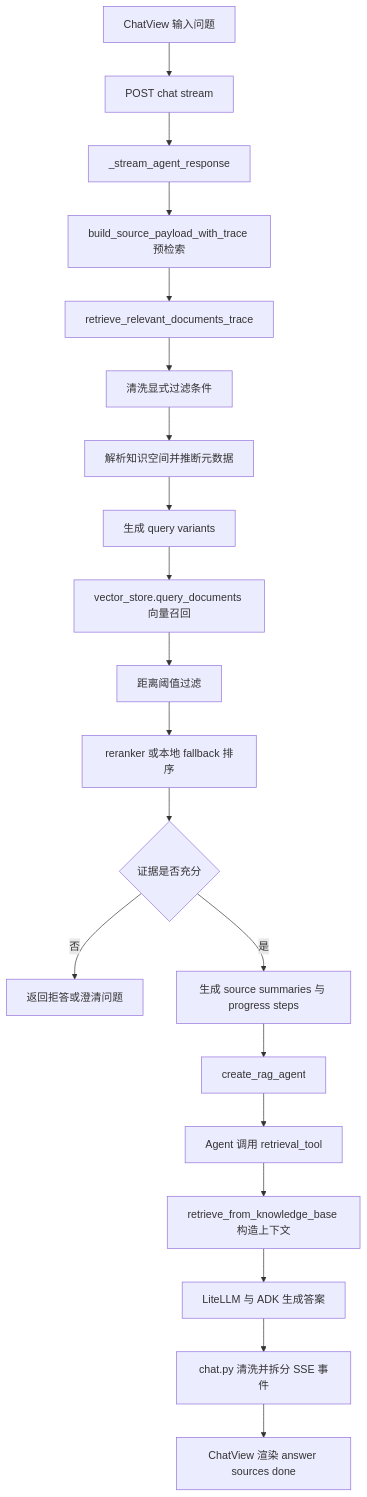
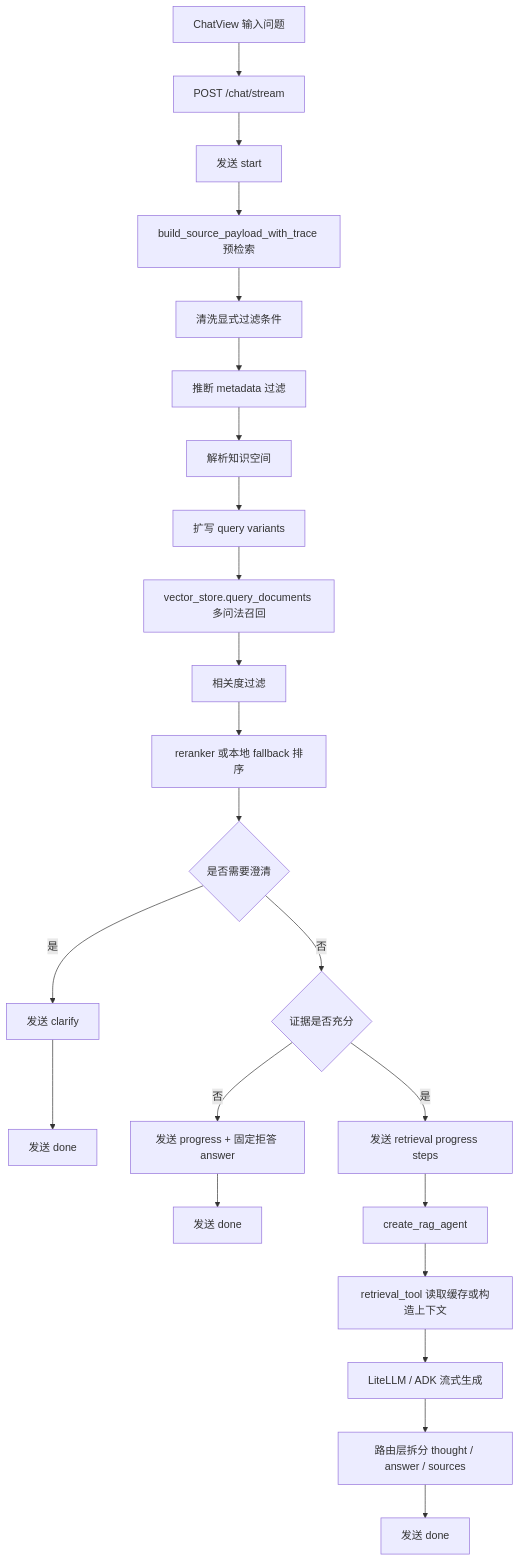
The fifth of 6 diagrams in docs/项目执行流程分析.md (emotion-exit/rag-agent), drawn with Mermaid before and after one commit. The commit also changed other lines of this file and 16 other files, not shown here.

````diff
--- a/docs/项目执行流程分析.md
+++ b/docs/项目执行流程分析.md
@@ -412,22 +499,25 @@
 ```mermaid
 flowchart TD
-  A["ChatView 输入问题"] --> B["POST chat stream"]
-  B --> C["_stream_agent_response"]
+  A["ChatView 输入问题"] --> B["POST /chat/stream"]
+  B --> C["发送 start"]
   C --> D["build_source_payload_with_trace 预检索"]
-  D --> E["retrieve_relevant_documents_trace"]
-  E --> F["清洗显式过滤条件"]
-  F --> G["解析知识空间并推断元数据"]
-  G --> H["生成 query variants"]
-  H --> I["vector_store.query_documents 向量召回"]
-  I --> J["距离阈值过滤"]
+  D --> E["清洗显式过滤条件"]
+  E --> F["推断 metadata 过滤"]
+  F --> G["解析知识空间"]
+  G --> H["扩写 query variants"]
+  H --> I["vector_store.query_documents 多问法召回"]
+  I --> J["相关度过滤"]
   J --> K["reranker 或本地 fallback 排序"]
-  K --> L{"证据是否充分"}
-  L -- "否" --> M["返回拒答或澄清问题"]
-  L -- "是" --> N["生成 source summaries 与 progress steps"]
-  N --> O["create_rag_agent"]
-  O --> P["Agent 调用 retrieval_tool"]
-  P --> Q["retrieve_from_knowledge_base 构造上下文"]
-  Q --> R["LiteLLM 与 ADK 生成答案"]
-  R --> S["chat.py 清洗并拆分 SSE 事件"]
-  S --> T["ChatView 渲染 answer sources done"]
+  K --> L{"是否需要澄清"}
+  L -- 是 --> M["发送 clarify"]
+  M --> N["发送 done"]
+  L -- 否 --> O{"证据是否充分"}
+  O -- 否 --> P["发送 progress + 固定拒答 answer"]
+  P --> Q["发送 done"]
+  O -- 是 --> R["发送 retrieval progress steps"]
+  R --> S["create_rag_agent"]
+  S --> T["retrieval_tool 读取缓存或构造上下文"]
+  T --> U["LiteLLM / ADK 流式生成"]
+  U --> V["路由层拆分 thought / answer / sources"]
+  V --> W["发送 done"]
 ```
````
